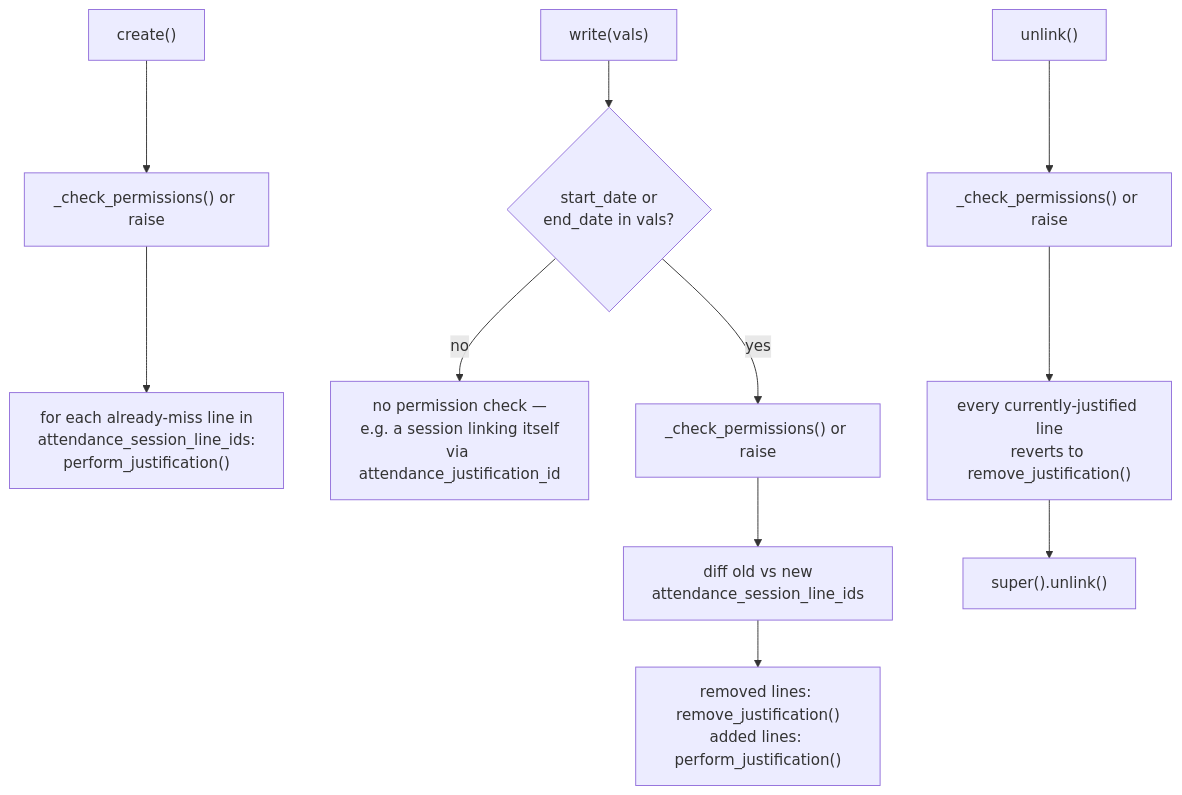
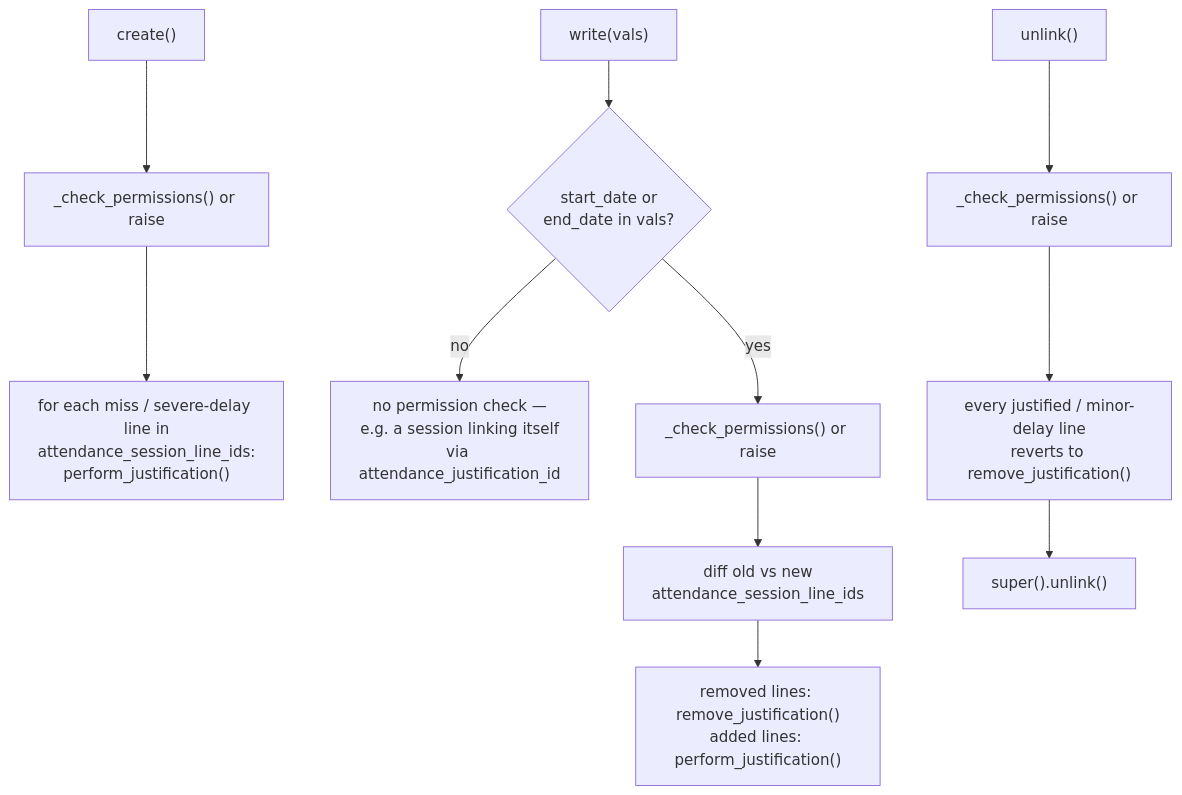
Before and after one commit to ElPuig/EMS: the diagram in docs/en/developers/attendance/attendance_justification.md, drawn with Mermaid. The commit also changed other lines of this file and 234 other files, not shown here.

````diff
--- a/docs/en/developers/attendance/attendance_justification.md
+++ b/docs/en/developers/attendance/attendance_justification.md
@@ -46,15 +48,15 @@
 ```mermaid
 flowchart TD
     A["create()"] --> B["_check_permissions() or raise"]
-    B --> C["for each already-miss line in\nattendance_session_line_ids:\nperform_justification()"]
+    B --> C["for each miss / severe-delay line in\nattendance_session_line_ids:\nperform_justification()"]
 
     D["write(vals)"] --> E{"start_date or\nend_date in vals?"}
     E -- no --> Z["no permission check —\ne.g. a session linking itself\nvia attendance_justification_id"]
     E -- yes --> F["_check_permissions() or raise"]
     F --> G["diff old vs new\nattendance_session_line_ids"]
     G --> H["removed lines: remove_justification()\nadded lines: perform_justification()"]
 
     I["unlink()"] --> J["_check_permissions() or raise"]
-    J --> K["every currently-justified line\nreverts to remove_justification()"]
+    J --> K["every justified / minor-delay line\nreverts to remove_justification()"]
     K --> L["super().unlink()"]
 ```
````
